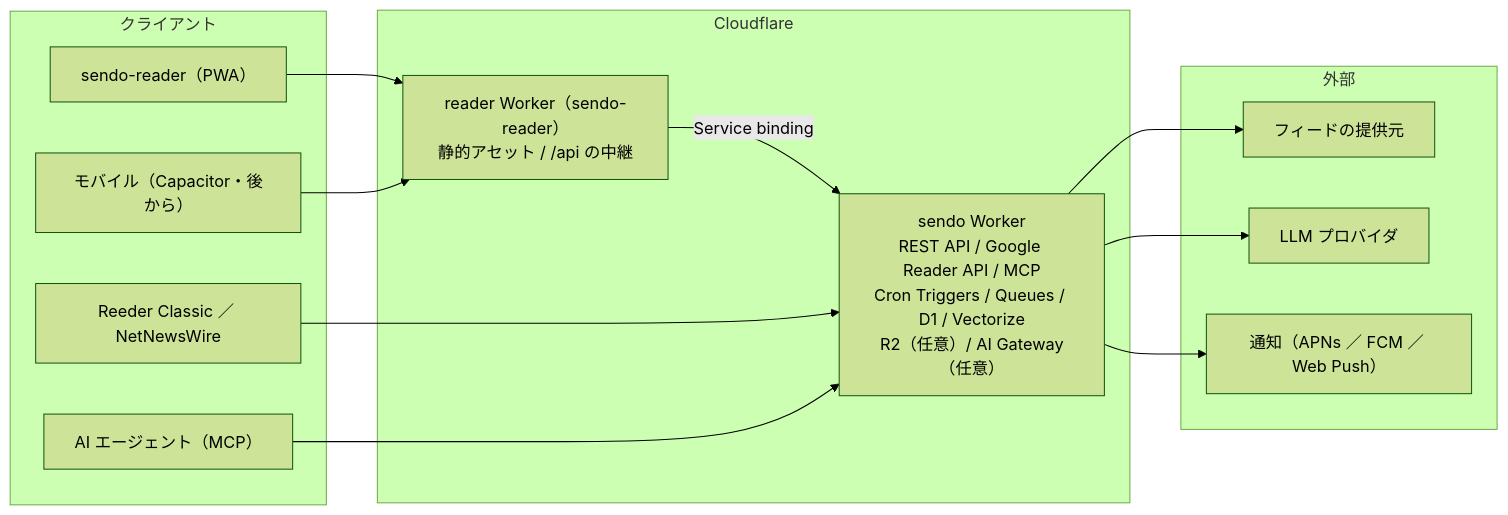
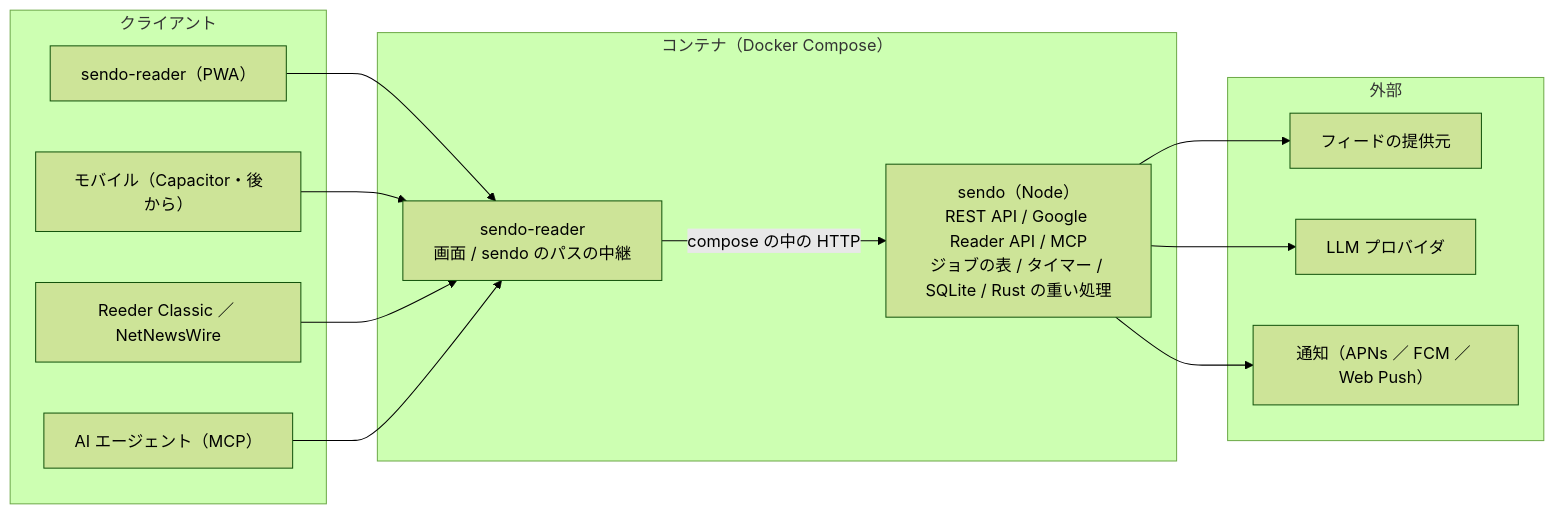
The diagram in docs/tech-deck.md (sendo-feed/sendo), drawn with Mermaid (forest theme) before and after one commit. The commit also changed other lines of this file and 20 other files, not shown here.

````diff
--- a/docs/tech-deck.md
+++ b/docs/tech-deck.md
@@ -28,29 +28,29 @@
 ```mermaid
 flowchart LR
   subgraph Clients["クライアント"]
     R["sendo-reader（PWA）"]
     M["モバイル（Capacitor・後から）"]
     X["Reeder Classic ／ NetNewsWire"]
     A["AI エージェント（MCP）"]
   end
 
-  subgraph CF["Cloudflare"]
-    RW["reader Worker（sendo-reader）<br/>静的アセット / /api の中継"]
-    SW["sendo Worker<br/>REST API / Google Reader API / MCP<br/>Cron Triggers / Queues / D1 / Vectorize<br/>R2（任意）/ AI Gateway（任意）"]
+  subgraph Host["コンテナ（Docker Compose）"]
+    RW["sendo-reader<br/>画面 / sendo のパスの中継"]
+    SW["sendo（Node）<br/>REST API / Google Reader API / MCP<br/>ジョブの表 / タイマー / SQLite / Rust の重い処理"]
   end
 
   subgraph Ext["外部"]
     F["フィードの提供元"]
     L["LLM プロバイダ"]
     N["通知（APNs ／ FCM ／ Web Push）"]
   end
 
   R --> RW
   M --> RW
-  RW -- "Service binding" --> SW
-  X --> SW
-  A --> SW
+  RW -- "compose の中の HTTP" --> SW
+  X --> RW
+  A --> RW
   SW --> F
   SW --> L
   SW --> N
 ```
````
